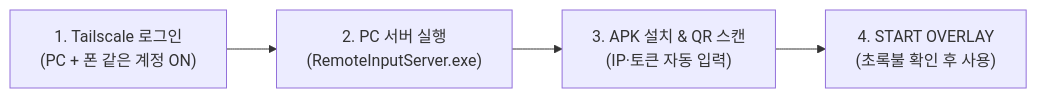
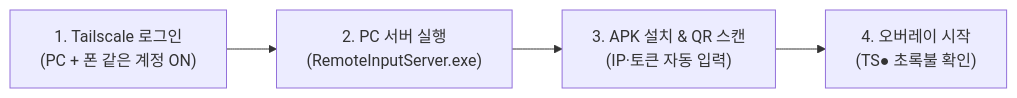
One commit to rech4210/remote-input-overlay changed the diagram in README.md. Above: the diagram before and after it, drawn with Mermaid. The commit also changed other lines of this file and 3 other files, not shown here.

````diff
--- a/README.md
+++ b/README.md
@@ -19,6 +58,6 @@
 ```mermaid
 flowchart LR
     A["1. Tailscale 로그인<br/>(PC + 폰 같은 계정 ON)"] --> B["2. PC 서버 실행<br/>(RemoteInputServer.exe)"]
     B --> C["3. APK 설치 & QR 스캔<br/>(IP·토큰 자동 입력)"]
-    C --> D["4. START OVERLAY<br/>(초록불 확인 후 사용)"]
+    C --> D["4. 오버레이 시작<br/>(TS● 초록불 확인)"]
 ```
````
